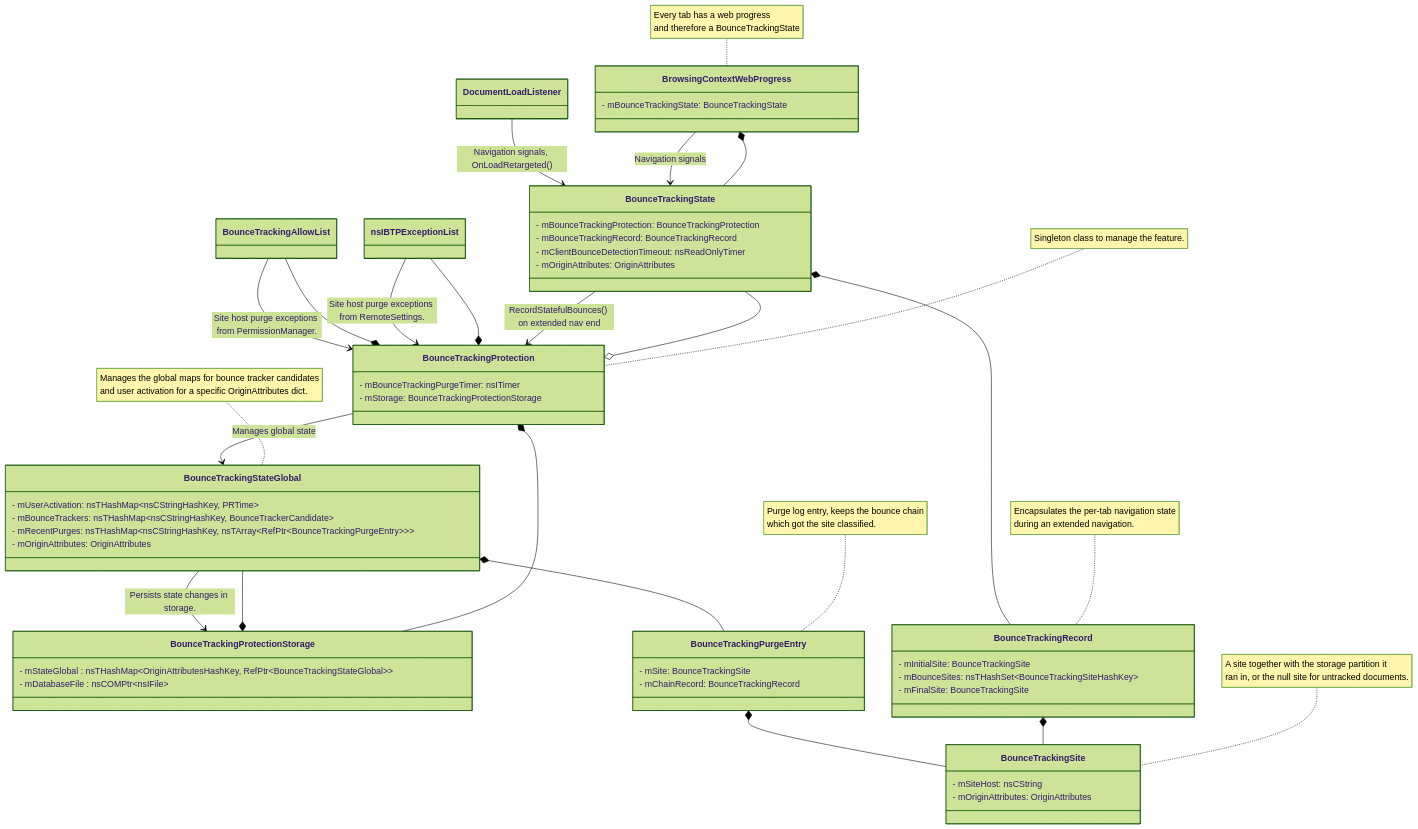
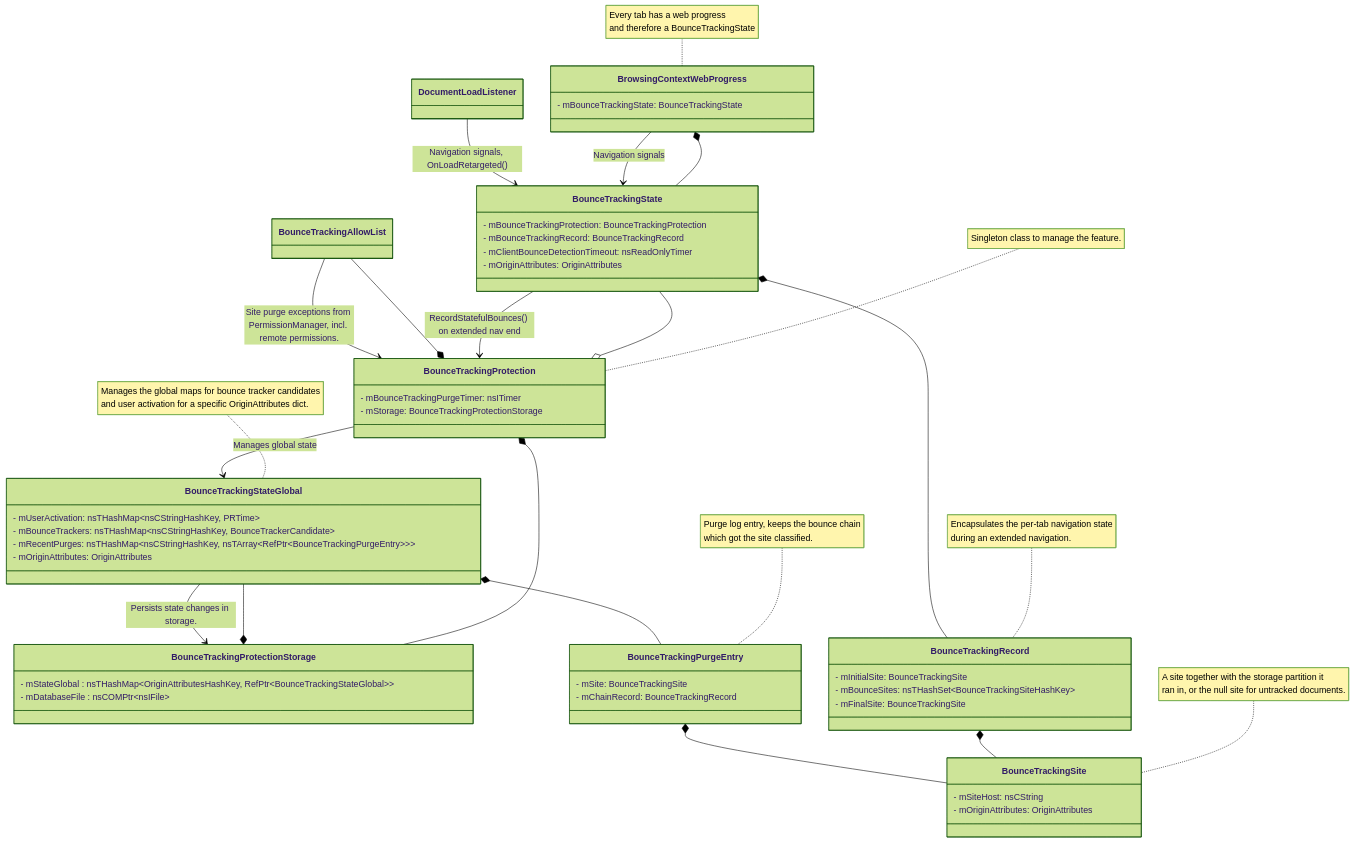
One commit to cla7aye15I4nd/firefox-squashed changed the diagram in toolkit/components/antitracking/docs/bounce-tracking-protection/index.md. Above: the diagram before and after it, drawn with Mermaid (forest theme). The commit also changed other lines of this file and 1285 other files, not shown here.

````diff
--- a/toolkit/components/antitracking/docs/bounce-tracking-protection/index.md
+++ b/toolkit/components/antitracking/docs/bounce-tracking-protection/index.md
@@ -152,11 +206,6 @@
     note for BounceTrackingProtection "Singleton class to manage the feature."
 
     class BounceTrackingAllowList {
-        <!-- [...] -->
-    }
-
-    class nsIBTPExceptionList {
-        <!-- Bug 1930704: Empty classes lead to build errors. Adding a comment inside the class fixes the issue -->
         <!-- [...] -->
     }
 
@@ -232,10 +281,8 @@
     BounceTrackingStateGlobal --* BounceTrackingProtectionStorage
     BounceTrackingStateGlobal --> BounceTrackingProtectionStorage : Persists state changes in storage.
     BounceTrackingProtection --> BounceTrackingStateGlobal : Manages global state
-    nsIBTPExceptionList --* BounceTrackingProtection
-    nsIBTPExceptionList --> BounceTrackingProtection : Site host purge exceptions from RemoteSettings.
     BounceTrackingAllowList --* BounceTrackingProtection
-    BounceTrackingAllowList --> BounceTrackingProtection :  Site host purge exceptions from PermissionManager.
+    BounceTrackingAllowList --> BounceTrackingProtection :  Site purge exceptions from PermissionManager, incl. remote permissions.
     BrowsingContextWebProgress --> BounceTrackingState : Navigation signals
     DocumentLoadListener --> BounceTrackingState : Navigation signals, OnLoadRetargeted()
 ```
````
